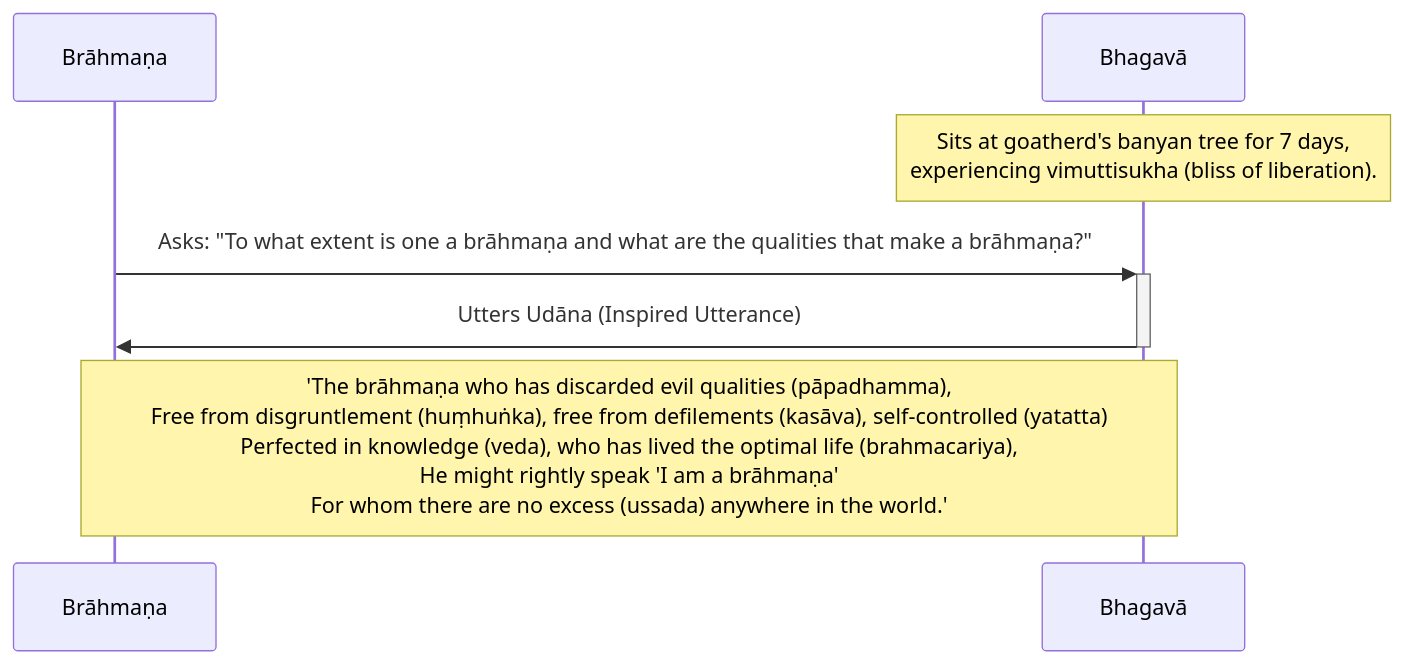
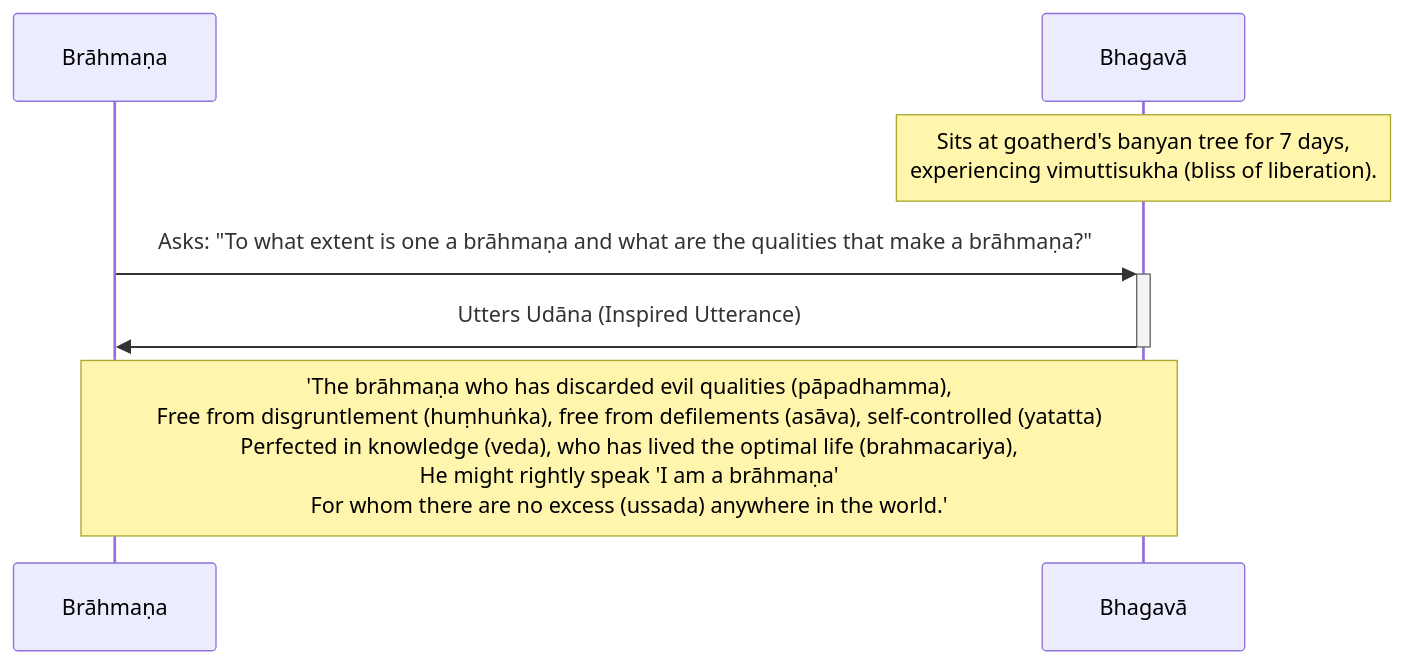
The diagram in content/Khandhaka/1.2.md (ChristineTham/tidipa), drawn with Mermaid before and after one commit. The commit also changed other lines of this file and 22 other files, not shown here.

````diff
--- a/content/Khandhaka/1.2.md
+++ b/content/Khandhaka/1.2.md
@@ -50,13 +51,13 @@
 ```mermaid
 sequenceDiagram
     participant Br as Brāhmaṇa
     participant Bg as Bhagavā
 
     Note over Bg: Sits at goatherd's banyan tree for 7 days,<br>experiencing vimuttisukha (bliss of liberation).
 
     Br->>+Bg: Asks: "To what extent is one a brāhmaṇa and what are the qualities that make a brāhmaṇa?"
 
     Bg->>-Br: Utters Udāna (Inspired Utterance)
 
-    Note over Br,Bg: 'The brāhmaṇa who has discarded evil qualities (pāpadhamma), <br>Free from disgruntlement (huṃhuṅka), free from defilements (kasāva), self-controlled (yatatta) <br> Perfected in knowledge (veda), who has lived the optimal life (brahmacariya),<br>He might rightly speak 'I am a brāhmaṇa' <br>For whom there are no excess (ussada) anywhere in the world.'
+    Note over Br,Bg: 'The brāhmaṇa who has discarded evil qualities (pāpadhamma), <br>Free from disgruntlement (huṃhuṅka), free from defilements (asāva), self-controlled (yatatta) <br> Perfected in knowledge (veda), who has lived the optimal life (brahmacariya),<br>He might rightly speak 'I am a brāhmaṇa' <br>For whom there are no excess (ussada) anywhere in the world.'
 ```
````
